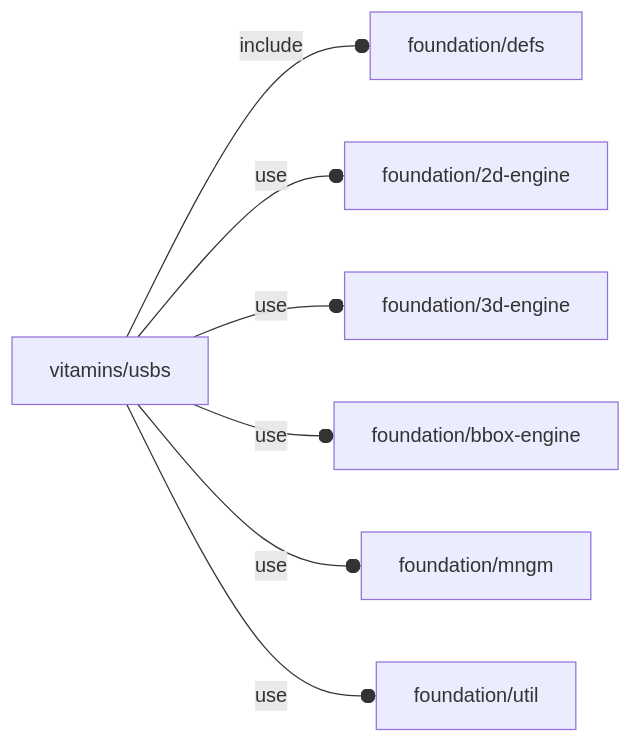
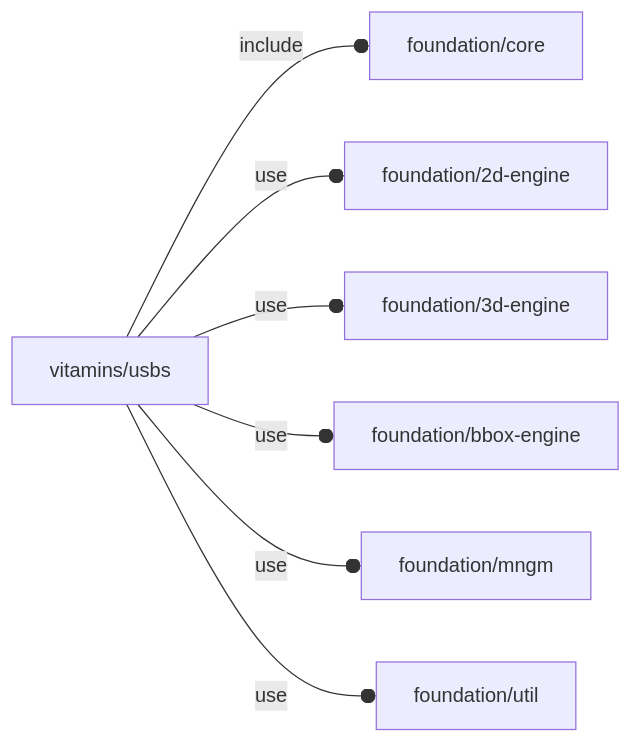
One commit to ggabbiani/OFL changed the diagram in orthodocs/vitamins/usbs.md. Above: the diagram before and after it, drawn with Mermaid. The commit also changed 81 other files, not shown here.

Commit message:
foundation/defs.scad renamed as foundation/core.scad

````diff
--- a/orthodocs/vitamins/usbs.md
+++ b/orthodocs/vitamins/usbs.md
@@ -5,9 +5,9 @@
 ```mermaid
 graph LR
-    A1[vitamins/usbs] --o|include| A2[foundation/defs]
+    A1[vitamins/usbs] --o|include| A2[foundation/core]
     A1 --o|use| A3[foundation/2d-engine]
     A1 --o|use| A4[foundation/3d-engine]
     A1 --o|use| A5[foundation/bbox-engine]
     A1 --o|use| A6[foundation/mngm]
     A1 --o|use| A7[foundation/util]
 ```
````
